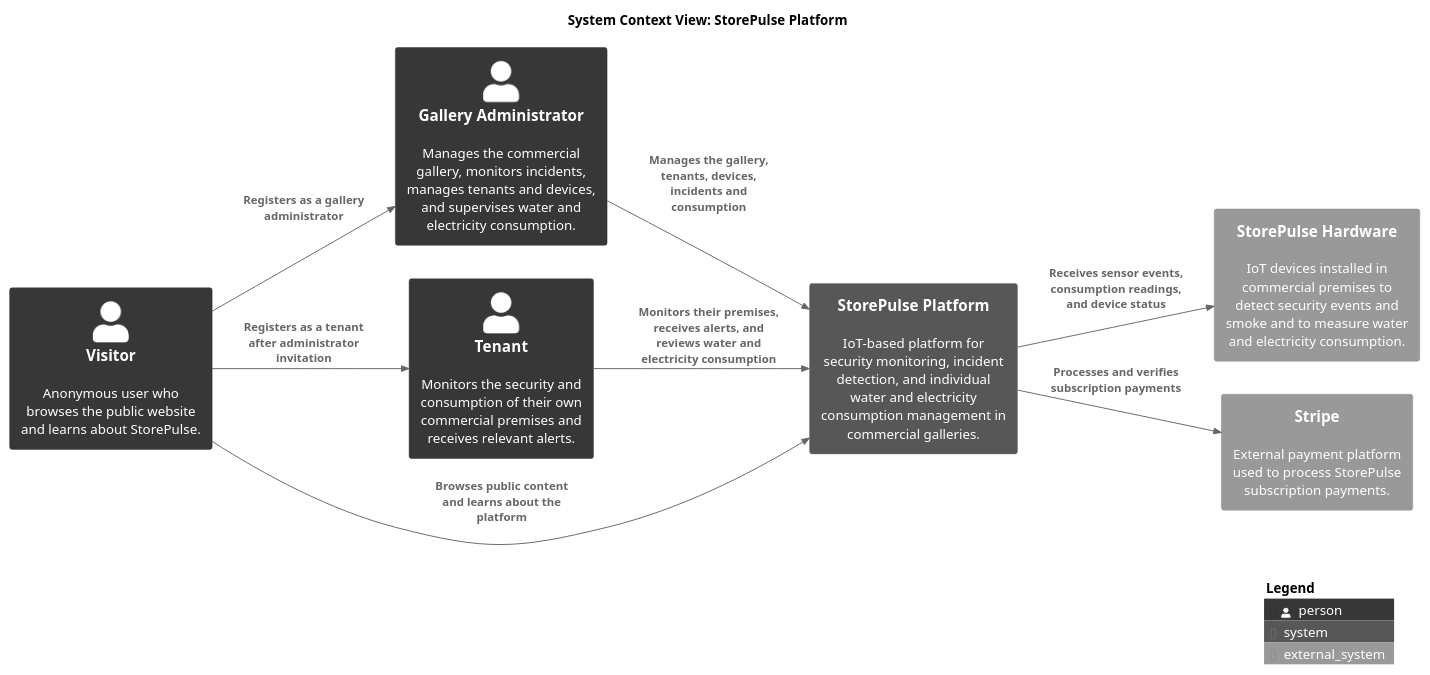
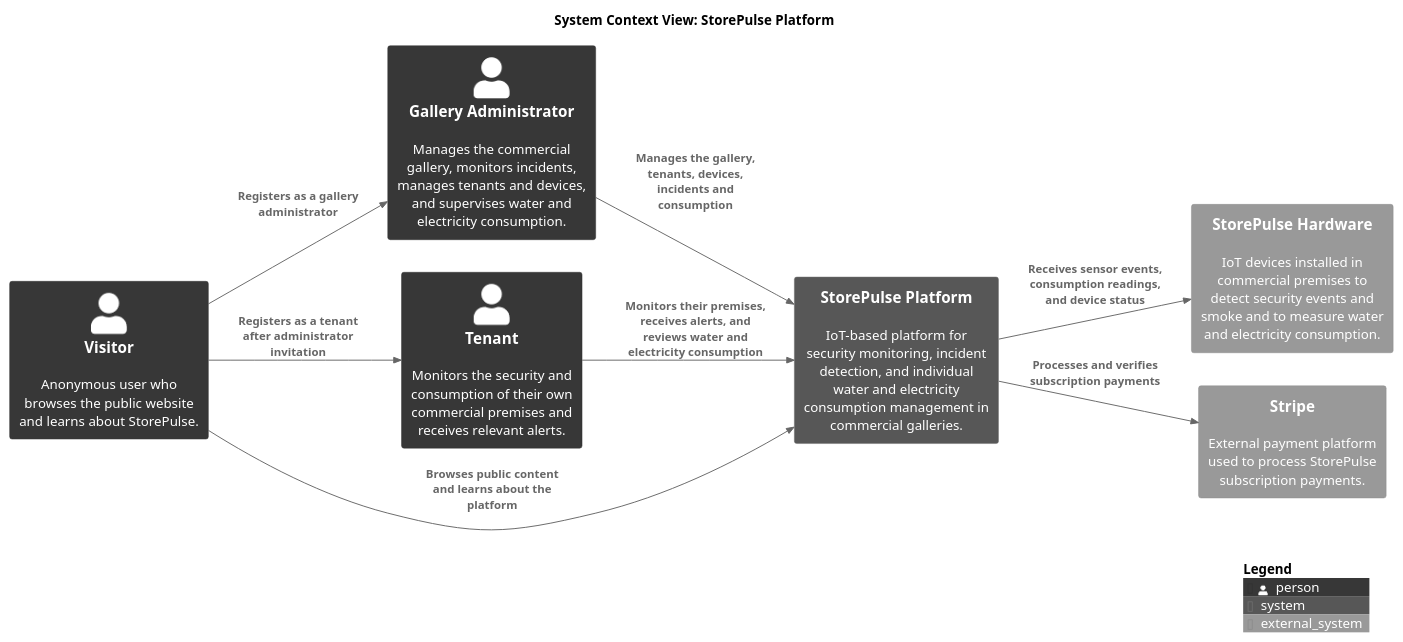
One commit to VanguardTechIot/storepulse-report changed the diagram in assets/architecture/storepulse-system-context.puml. Above: the diagram before and after it, drawn with PlantUML.

Commit message:
refactor(assets): delete storepulse system context styling approximations.

```diff
--- a/assets/architecture/storepulse-system-context.puml
+++ b/assets/architecture/storepulse-system-context.puml
@@ -1,35 +1,33 @@
 @startuml storepulse-system-context
 !include https://raw.githubusercontent.com/plantuml-stdlib/C4-PlantUML/master/C4_Context.puml
 ' Styling approximations for Structurizr look
 skinparam monochrome true
 skinparam shadowing false
 skinparam defaultFontName Arial
-skinparam Handwritten false
-skinparam Padding 2
 
 ' System Context Diagram
 title System Context View: StorePulse Platform
 
 LAYOUT_LEFT_RIGHT()
 
 Person(visitor, "Visitor", "Anonymous user who browses the public website and learns about StorePulse.")
 Person(galleryAdmin, "Gallery Administrator", "Manages the commercial gallery, monitors incidents, manages tenants and devices, and supervises water and electricity consumption.")
 Person(tenant, "Tenant", "Monitors the security and consumption of their own commercial premises and receives relevant alerts.")
 
 System(platform, "StorePulse Platform", "IoT-based platform for security monitoring, incident detection, and individual water and electricity consumption management in commercial galleries.")
 System_Ext(hardware, "StorePulse Hardware", "IoT devices installed in commercial premises to detect security events and smoke and to measure water and electricity consumption.")
 System_Ext(stripe, "Stripe", "External payment platform used to process StorePulse subscription payments.")
 
 Rel(visitor, platform, "Browses public content and learns about the platform")
 Rel(visitor, tenant, "Registers as a tenant after administrator invitation")
 Rel(visitor, galleryAdmin, "Registers as a gallery administrator")
 
 Rel(galleryAdmin, platform, "Manages the gallery, tenants, devices, incidents and consumption")
 
 Rel(tenant, platform, "Monitors their premises, receives alerts, and reviews water and electricity consumption")
 
 Rel(platform, hardware, "Receives sensor events, consumption readings, and device status")
 Rel(platform, stripe, "Processes and verifies subscription payments")
 
 SHOW_LEGEND()
 @enduml
```
